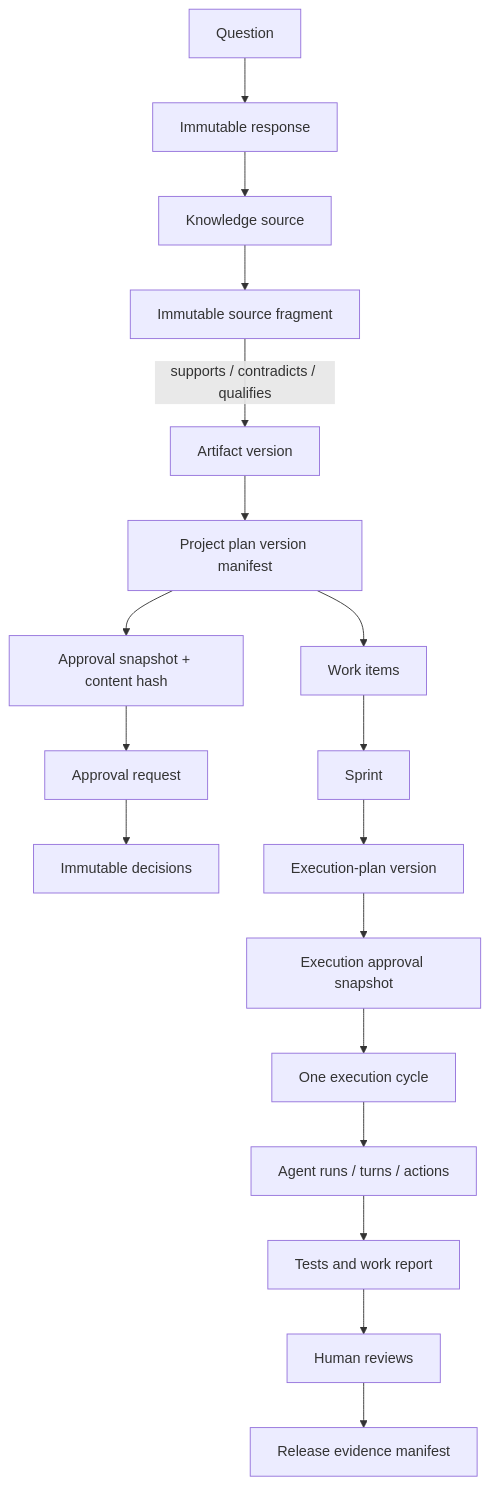
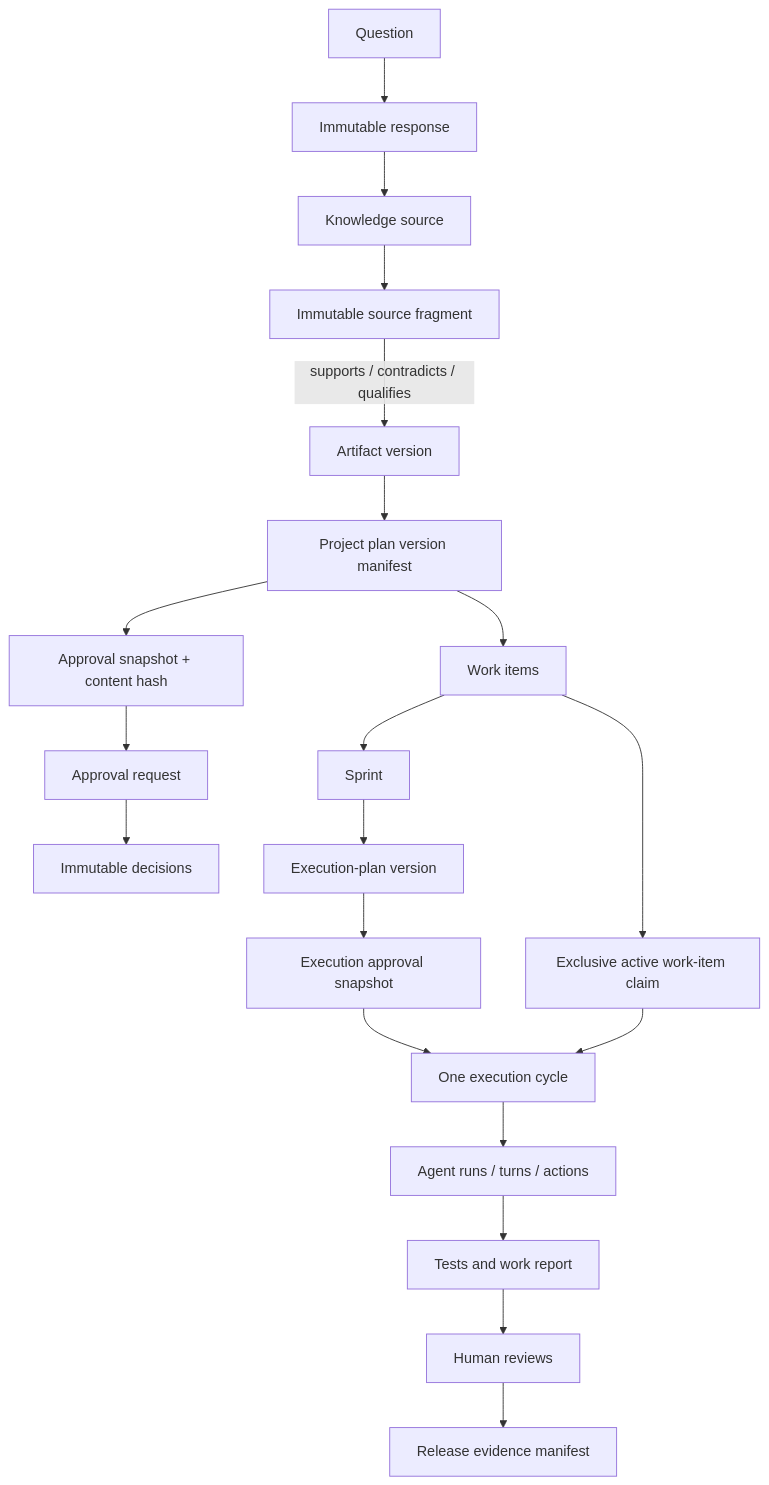
The second of 8 diagrams in docs/planning/02-domain-model.md (DaymondGoulderHorobin/Agile_project_management_app), drawn with Mermaid before and after one commit. The commit also changed other lines of this file and 14 other files, not shown here.

````diff
--- a/docs/planning/02-domain-model.md
+++ b/docs/planning/02-domain-model.md
@@ -167,20 +179,22 @@
 ```mermaid
 flowchart TD
     Q["Question"] --> QR["Immutable response"]
     QR --> KS["Knowledge source"]
     KS --> SF["Immutable source fragment"]
     SF -->|supports / contradicts / qualifies| AV["Artifact version"]
     AV --> PM["Project plan version manifest"]
     PM --> AS["Approval snapshot + content hash"]
     AS --> AR["Approval request"]
     AR --> AD["Immutable decisions"]
     PM --> WI["Work items"]
     WI --> SP["Sprint"]
     SP --> EPV["Execution-plan version"]
     EPV --> EAS["Execution approval snapshot"]
     EAS --> EC["One execution cycle"]
+    WI --> CL["Exclusive active work-item claim"]
+    CL --> EC
     EC --> RUN["Agent runs / turns / actions"]
     RUN --> TR["Tests and work report"]
     TR --> RV["Human reviews"]
     RV --> REL["Release evidence manifest"]
 ```
````
